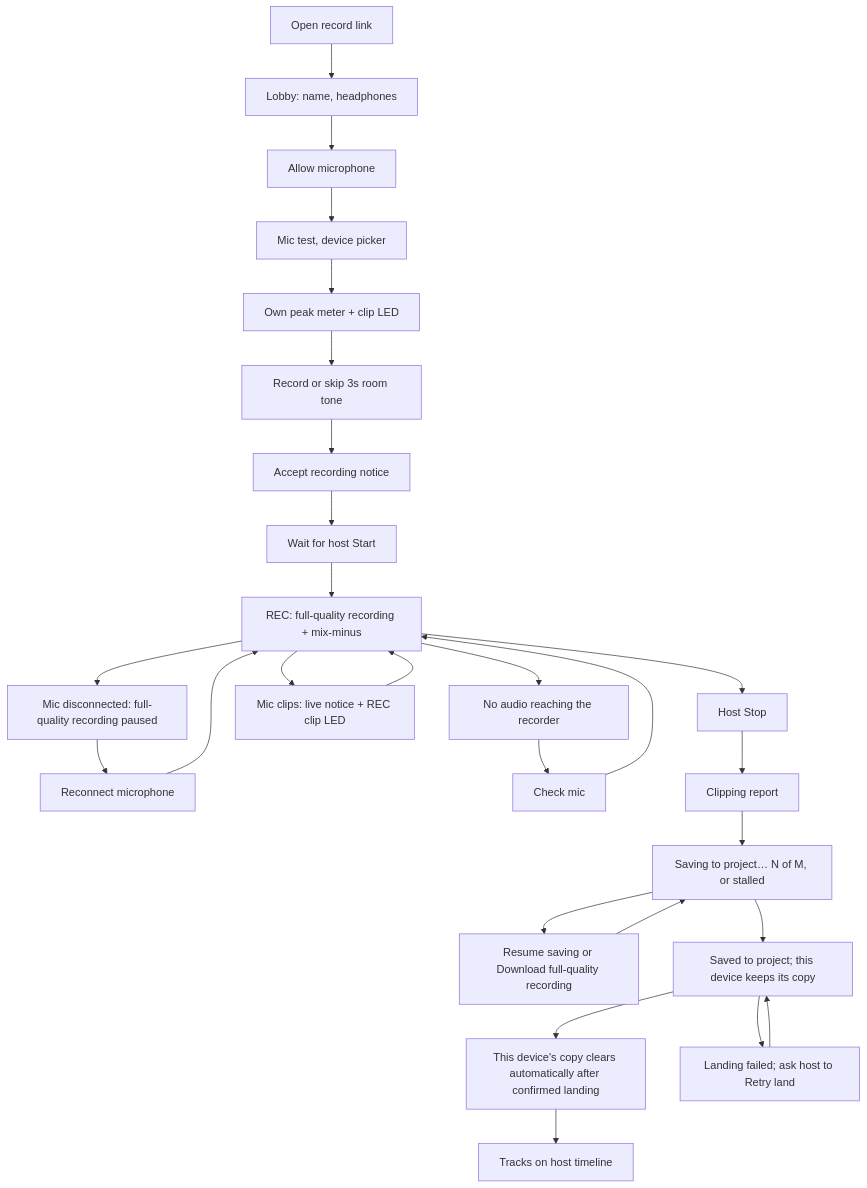
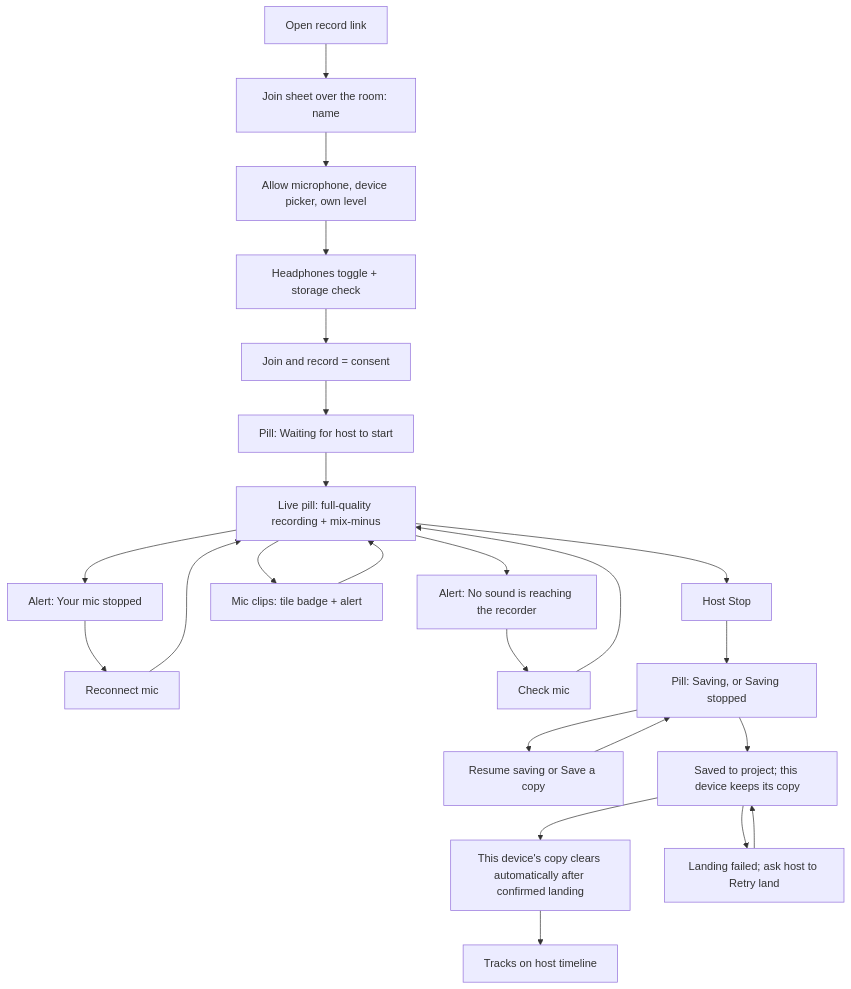
The fifth of 6 diagrams in ux/pages/guest-journeys.md (calebn/sharecut-studio), drawn with Mermaid before and after one commit. The commit also changed other lines of this file and 73 other files, not shown here.

First line of the commit message:
refactor(record): delete the old guest room surface (#2297 slice C-C part 3)

````diff
--- a/ux/pages/guest-journeys.md
+++ b/ux/pages/guest-journeys.md
@@ -191,29 +191,26 @@
 ```mermaid
 flowchart TD
-  open[Open record link] --> lobby[Lobby: name, headphones]
-  lobby --> devices[Allow microphone]
-  devices --> mic[Mic test, device picker]
-  mic --> meter[Own peak meter + clip LED]
-  meter --> roomTone[Record or skip 3s room tone]
-  roomTone --> consent[Accept recording notice]
-  consent --> wait[Wait for host Start]
-  wait --> rec[REC: full-quality recording + mix-minus]
-  rec --> lost[Mic disconnected: full-quality recording paused]
-  lost --> reconnect[Reconnect microphone]
+  open[Open record link] --> sheet[Join sheet over the room: name]
+  sheet --> devices[Allow microphone, device picker, own level]
+  devices --> phones[Headphones toggle + storage check]
+  phones --> join[Join and record = consent]
+  join --> wait[Pill: Waiting for host to start]
+  wait --> rec[Live pill: full-quality recording + mix-minus]
+  rec --> lost[Alert: Your mic stopped]
+  lost --> reconnect[Reconnect mic]
   reconnect --> rec
-  rec --> silent[No audio reaching the recorder]
+  rec --> silent[Alert: No sound is reaching the recorder]
   silent --> check[Check mic]
   check --> rec
-  rec --> clip[Mic clips: live notice + REC clip LED]
+  rec --> clip[Mic clips: tile badge + alert]
   clip --> rec
   rec --> stop[Host Stop]
-  stop --> report[Clipping report]
-  report --> saving[Saving to project… N of M, or stalled]
-  saving --> recovery[Resume saving or Download full-quality recording]
+  stop --> saving[Pill: Saving, or Saving stopped]
+  saving --> recovery[Resume saving or Save a copy]
   recovery --> saving
   saving --> staged[Saved to project; this device keeps its copy]
   staged --> opfs[This device's copy clears automatically after confirmed landing]
   staged --> failed[Landing failed; ask host to Retry land]
   failed --> staged
   opfs --> done[Tracks on host timeline]
 ```
````
